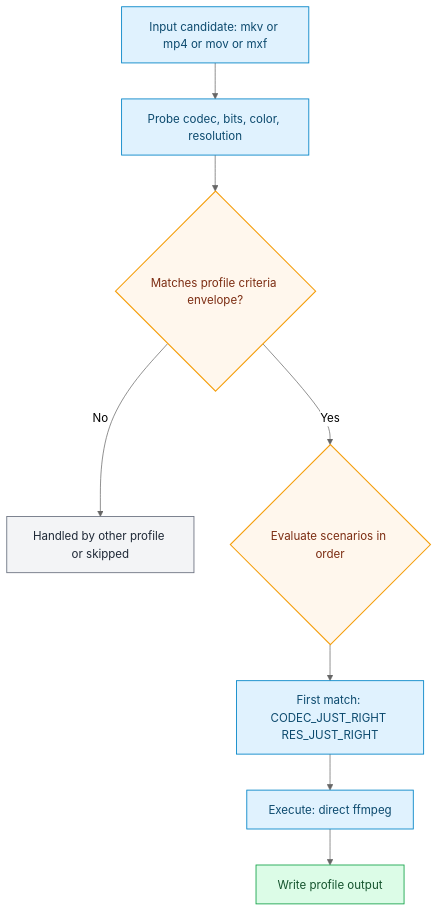
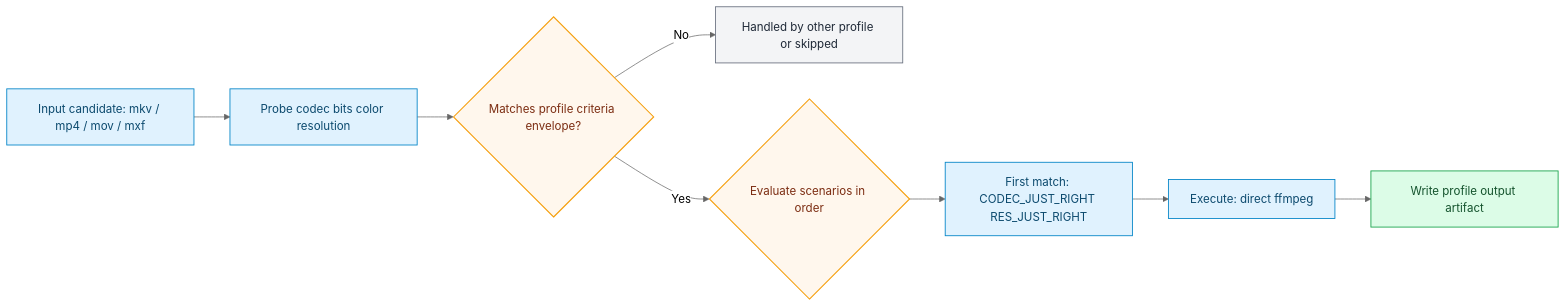
Before and after one commit to CraigWatt/vfo: the diagram in platform/docs-site/docs/profiles/generated/apple-tv-4k-open-audio.md, drawn with Mermaid (neutral theme). The commit also changed 23 other files, not shown here.

Commit message:
docs(ci): improve profile flows and add packages/deployments lanes

````diff
--- a/platform/docs-site/docs/profiles/generated/apple-tv-4k-open-audio.md
+++ b/platform/docs-site/docs/profiles/generated/apple-tv-4k-open-audio.md
@@ -42,15 +42,15 @@
 ```mermaid
-flowchart TD
+flowchart LR
   classDef gate fill:#fff7ed,stroke:#f59e0b,color:#7c2d12,stroke-width:1.5px;
   classDef stage fill:#e0f2fe,stroke:#0284c7,color:#0c4a6e,stroke-width:1.2px;
   classDef output fill:#dcfce7,stroke:#16a34a,color:#14532d,stroke-width:1.2px;
   classDef skip fill:#f3f4f6,stroke:#6b7280,color:#1f2937,stroke-width:1.2px;
 
-  A[Input candidate: mkv or mp4 or mov or mxf]:::stage --> B[Probe codec, bits, color, resolution]:::stage
+  A[Input candidate: mkv / mp4 / mov / mxf]:::stage --> B[Probe codec bits color resolution]:::stage
   B --> C{Matches profile criteria envelope?}:::gate
   C -->|No| Z[Handled by other profile or skipped]:::skip
   C -->|Yes| D{Evaluate scenarios in order}:::gate
   D --> E[First match: CODEC_JUST_RIGHT RES_JUST_RIGHT]:::stage
   E --> F[Execute: direct ffmpeg]:::stage
-  F --> G[Write profile output]:::output
+  F --> G[Write profile output artifact]:::output
 ```
````
